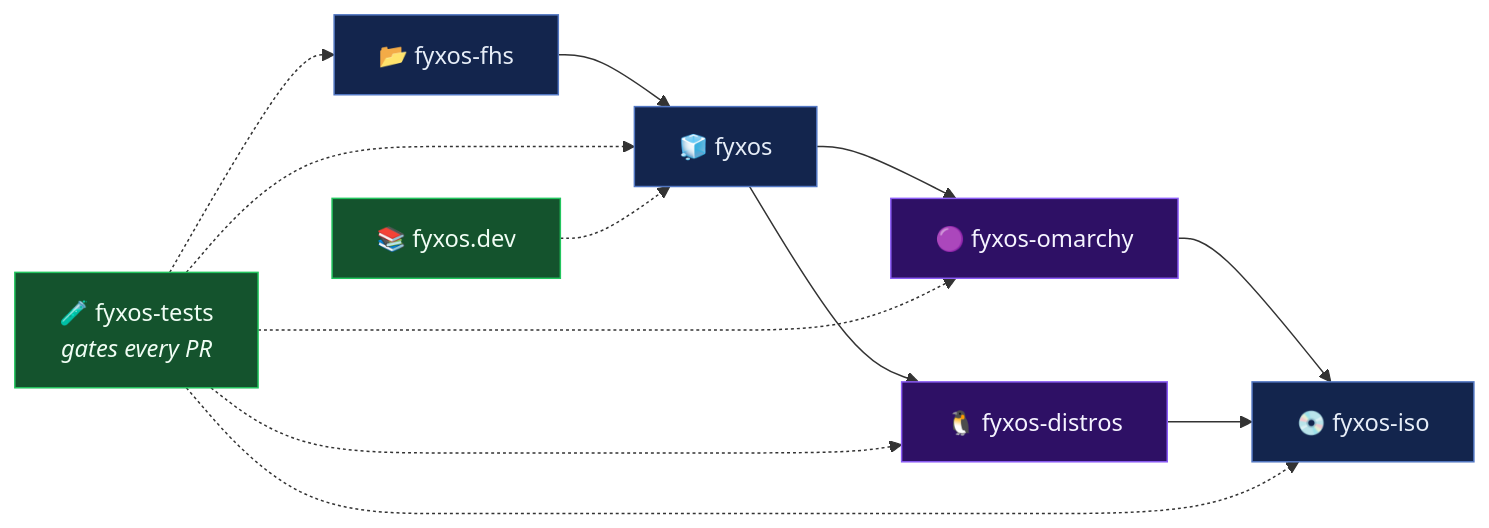
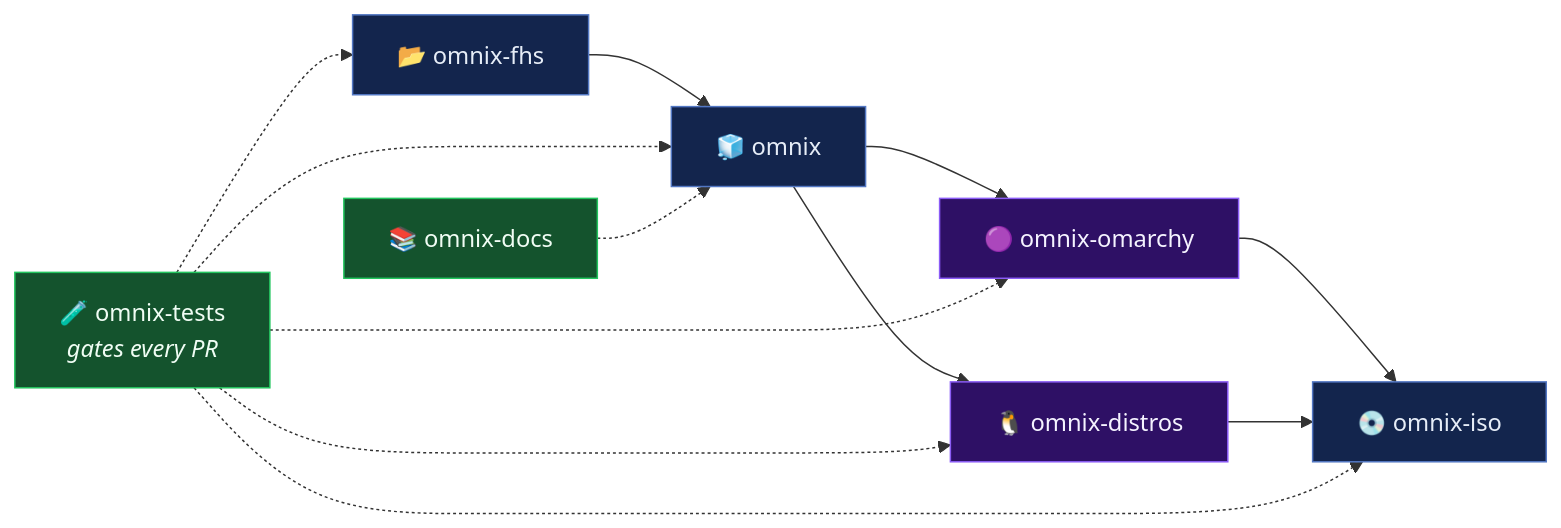
The fourth of 5 diagrams in profile/README.md (FyxOS/.github), drawn with Mermaid before and after one commit. The commit also changed other lines of this file and 3 other files, not shown here.

Commit message:
Rebrand fyxos -> Omnix (org: omnix-os)

````diff
--- a/profile/README.md
+++ b/profile/README.md
@@ -160,17 +160,17 @@
 ```mermaid
 flowchart LR
-    FHS["📂 fyxos-fhs"] --> CORE["🧊 fyxos"]
-    CORE --> OMA["🟣 fyxos-omarchy"]
-    CORE --> DIS["🐧 fyxos-distros"]
-    OMA --> ISO["💿 fyxos-iso"]
+    FHS["📂 omnix-fhs"] --> CORE["🧊 omnix"]
+    CORE --> OMA["🟣 omnix-omarchy"]
+    CORE --> DIS["🐧 omnix-distros"]
+    OMA --> ISO["💿 omnix-iso"]
     DIS --> ISO
-    TESTS["🧪 fyxos-tests<br/><i>gates every PR</i>"] -.-> FHS & CORE & OMA & DIS & ISO
-    DOCS["📚 fyxos.dev"] -.-> CORE
+    TESTS["🧪 omnix-tests<br/><i>gates every PR</i>"] -.-> FHS & CORE & OMA & DIS & ISO
+    DOCS["📚 omnix-docs"] -.-> CORE
 
     classDef core fill:#13254D,stroke:#5277C3,color:#E6EDF7
     classDef prof fill:#2E1065,stroke:#8B5CF6,color:#F5F3FF
     classDef qa fill:#14532D,stroke:#22C55E,color:#F0FDF4
     class FHS,CORE,ISO core
     class OMA,DIS prof
     class TESTS,DOCS qa
 ```
````
